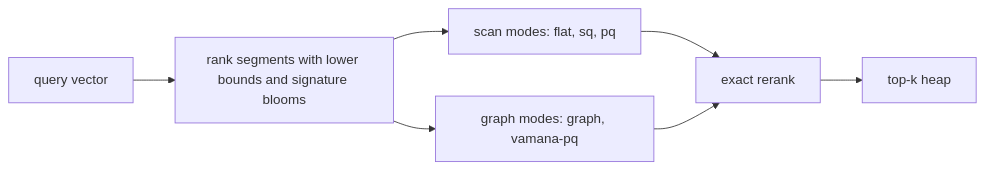
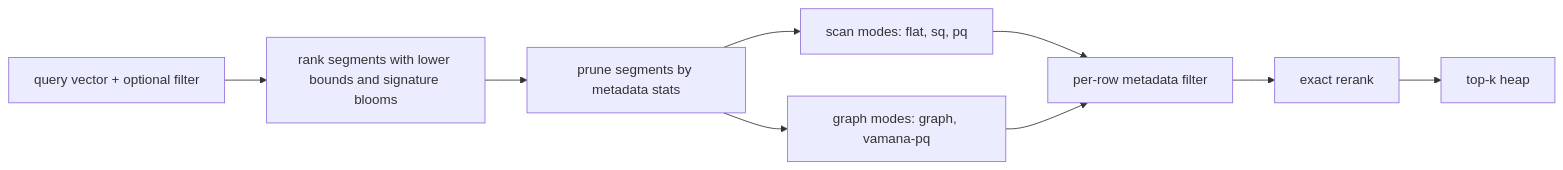
The second of 2 diagrams in docs/architecture.md (CausalityHQ/borsuk), drawn with Mermaid before and after one commit. The commit also changed other lines of this file and 3 other files, not shown here.

````diff
--- a/docs/architecture.md
+++ b/docs/architecture.md
@@ -214,9 +227,11 @@
 ```mermaid
 flowchart LR
-  query["query vector"] --> route["rank segments with lower bounds and signature blooms"]
-  route --> scan["scan modes: flat, sq, pq"]
-  route --> graphModes["graph modes: graph, vamana-pq"]
-  scan --> exact["exact rerank"]
-  graphModes --> exact
+  query["query vector + optional filter"] --> route["rank segments with lower bounds and signature blooms"]
+  route --> prune["prune segments by metadata stats"]
+  prune --> scan["scan modes: flat, sq, pq"]
+  prune --> graphModes["graph modes: graph, vamana-pq"]
+  scan --> rowfilter["per-row metadata filter"]
+  graphModes --> rowfilter
+  rowfilter --> exact["exact rerank"]
   exact --> topk["top-k heap"]
 ```
````
